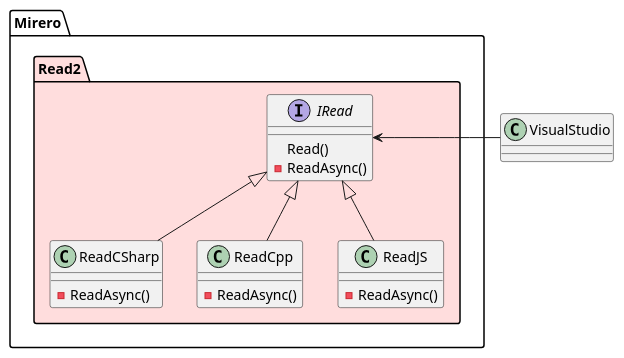
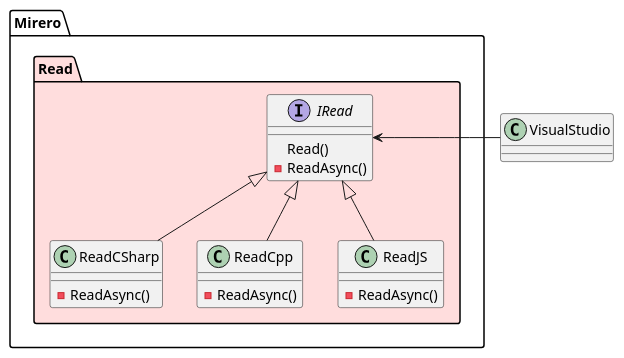
One commit to embedded3144/NewAdaptiveCodeBook changed the fifth of 7 diagrams in 2019년 4월/1조/심승용/IRead와IReadAsync.md. Above: the diagram before and after it, drawn with PlantUML. The commit also changed other lines of this file, not shown here.

```diff
--- a/2019년 4월/1조/심승용/IRead와IReadAsync.md
+++ b/2019년 4월/1조/심승용/IRead와IReadAsync.md
@@ -86,29 +86,29 @@
 ~~~plantuml
 @startuml
 class VisualStudio
-package "Mirero.Read2" #FFDDDD {
+package "Mirero.Read" #FFDDDD {
 interface IRead 
 {
     Read()
     -ReadAsync()
 }
 class ReadCSharp
 {
     -ReadAsync()
 }
 class ReadCpp
 {
     -ReadAsync()
 }
 class ReadJS
 {
     -ReadAsync()
 }
 }
 
 VisualStudio -left-> IRead
 IRead <|-down- ReadCSharp
 IRead <|-down- ReadCpp
 IRead <|-down- ReadJS
 @enduml
 ~~~
```
